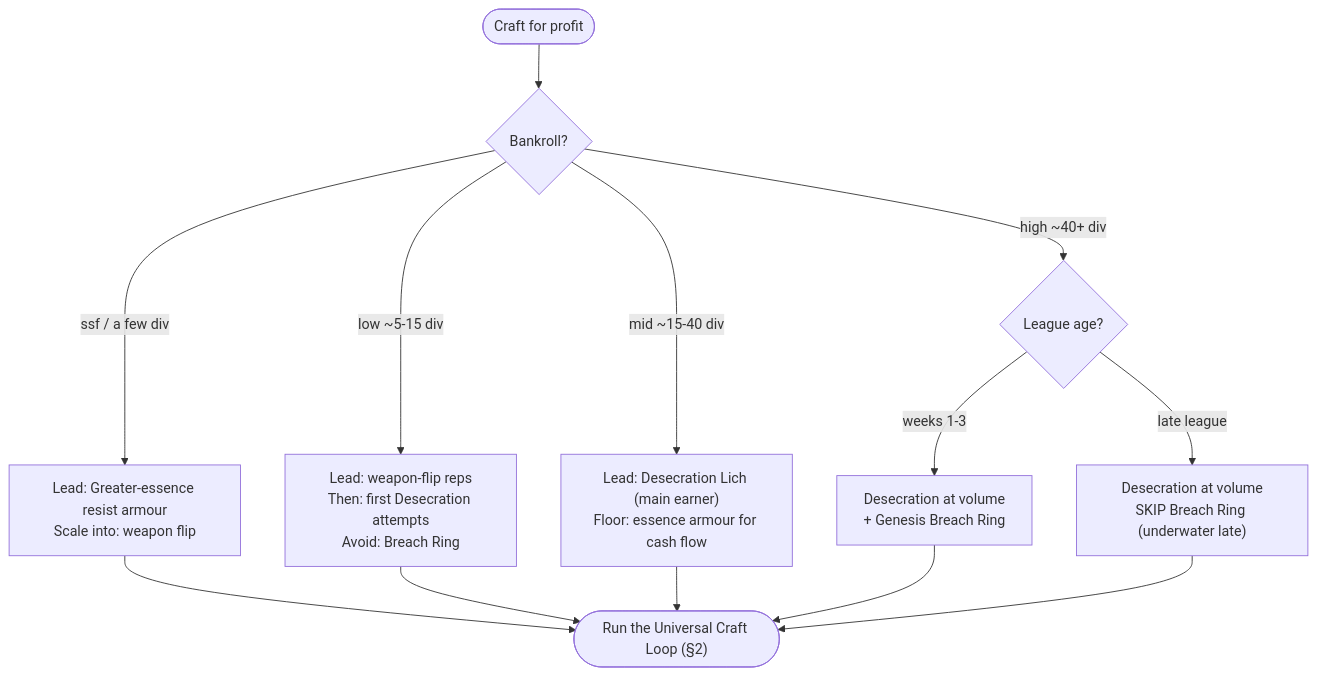
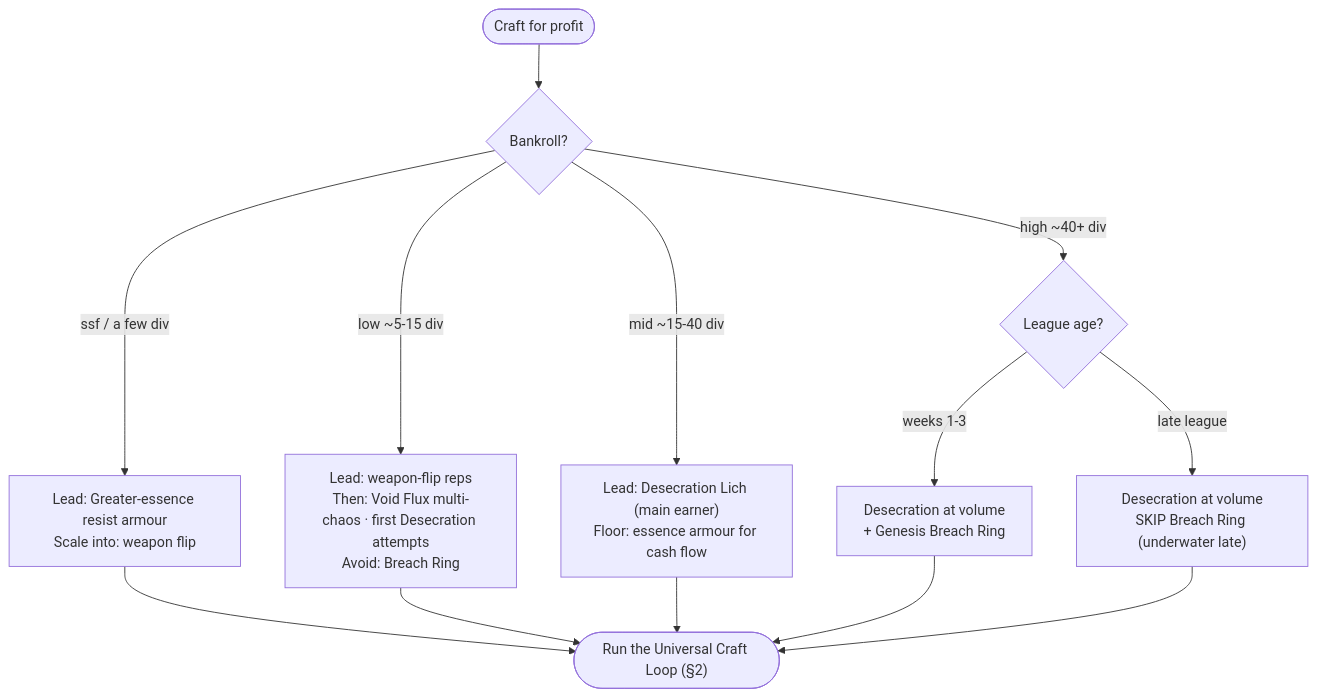
One commit to jyi468/poe2 changed the first of 2 diagrams in crafting/crafting-flowchart.md. Above: the diagram before and after it, drawn with Mermaid. The commit also changed other lines of this file and 3 other files, not shown here.

Commit message:
docs: add void-flux chaos-res method; update crafting flowchart + jewel notes

````diff
--- a/crafting/crafting-flowchart.md
+++ b/crafting/crafting-flowchart.md
@@ -16,17 +16,17 @@
 ```mermaid
 flowchart TD
   Start(["Craft for profit"]) --> Q1{"Bankroll?"}
   Q1 -->|"ssf / a few div"| SSF["Lead: Greater-essence resist armour<br/>Scale into: weapon flip"]
-  Q1 -->|"low ~5-15 div"| LOW["Lead: weapon-flip reps<br/>Then: first Desecration attempts<br/>Avoid: Breach Ring"]
+  Q1 -->|"low ~5-15 div"| LOW["Lead: weapon-flip reps<br/>Then: Void Flux multi-chaos · first Desecration attempts<br/>Avoid: Breach Ring"]
   Q1 -->|"mid ~15-40 div"| MID["Lead: Desecration Lich (main earner)<br/>Floor: essence armour for cash flow"]
   Q1 -->|"high ~40+ div"| HIGH{"League age?"}
   HIGH -->|"weeks 1-3"| HEARLY["Desecration at volume<br/>+ Genesis Breach Ring"]
   HIGH -->|"late league"| HLATE["Desecration at volume<br/>SKIP Breach Ring (underwater late)"]
 
   SSF --> Loop
   LOW --> Loop
   MID --> Loop
   HEARLY --> Loop
   HLATE --> Loop
   Loop(["Run the Universal Craft Loop (§2)"])
 ```
````
